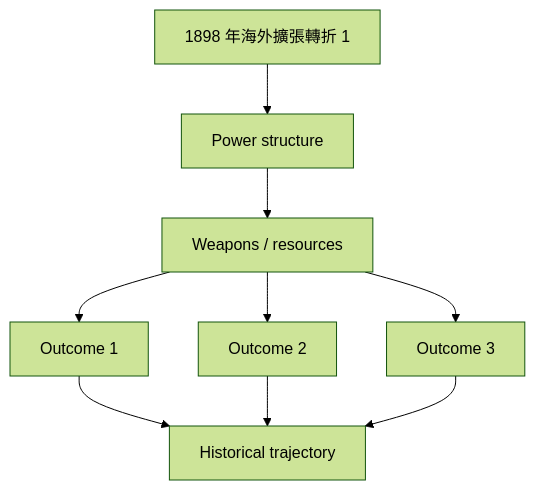
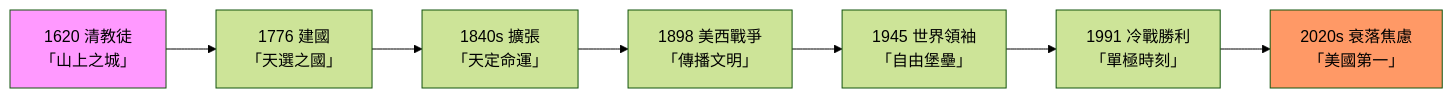
One commit to yip-lgtm/HKU-Harvard-History-Self-Study changed the sixth of 10 diagrams in 01_HKU_Courses/HIST1025_Introduction_to_the_United_States.md. Above: the diagram before and after it, drawn with Mermaid (forest theme). The commit also changed other lines of this file and 48 other files, not shown here.

````diff
--- a/01_HKU_Courses/HIST1025_Introduction_to_the_United_States.md
+++ b/01_HKU_Courses/HIST1025_Introduction_to_the_United_States.md
@@ -257,11 +451,12 @@
 ```mermaid
-graph TD
-    A[1898 年海外擴張轉折 1] --> B[Power structure]
-    B --> C[Weapons / resources]
-    C --> D[Outcome 1]
-    C --> E[Outcome 2]
-    C --> F[Outcome 3]
-    D --> G[Historical trajectory]
-    E --> G
-    F --> G
+flowchart LR
+    A[1620 清教徒<br/>「山上之城」] --> B[1776 建國<br/>「天選之國」]
+    B --> C[1840s 擴張<br/>「天定命運」]
+    C --> D[1898 美西戰爭<br/>「傳播文明」]
+    D --> E[1945 世界領袖<br/>「自由堡壘」]
+    E --> F[1991 冷戰勝利<br/>「單極時刻」]
+    F --> G[2020s 衰落焦慮<br/>「美國第一」]
+    
+    style A fill:#f9f,color:#000
+    style G fill:#f96,color:#000
 ```
````
